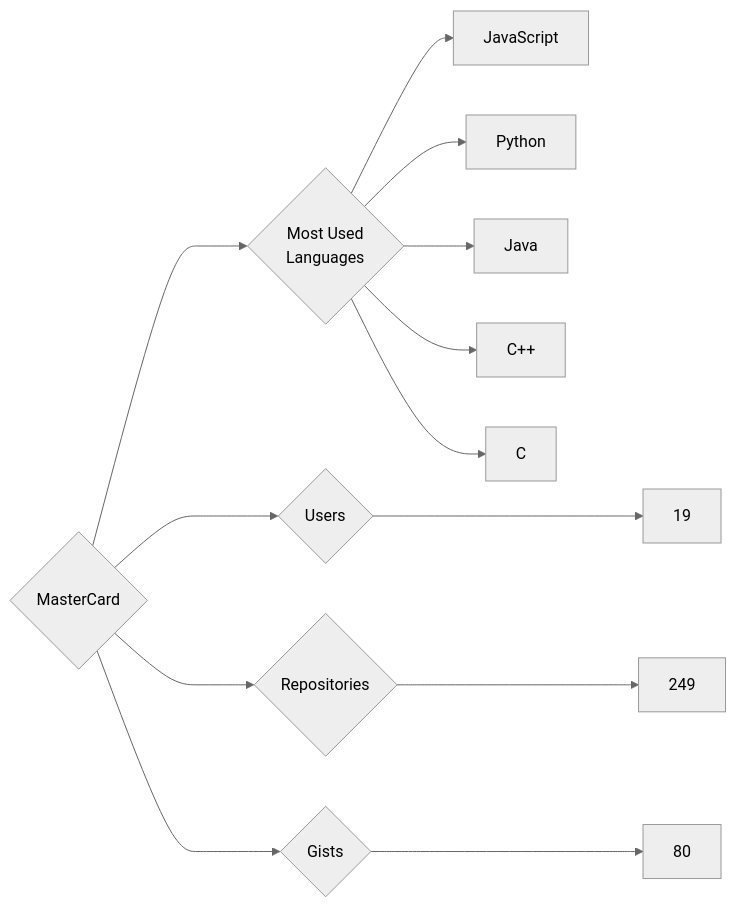
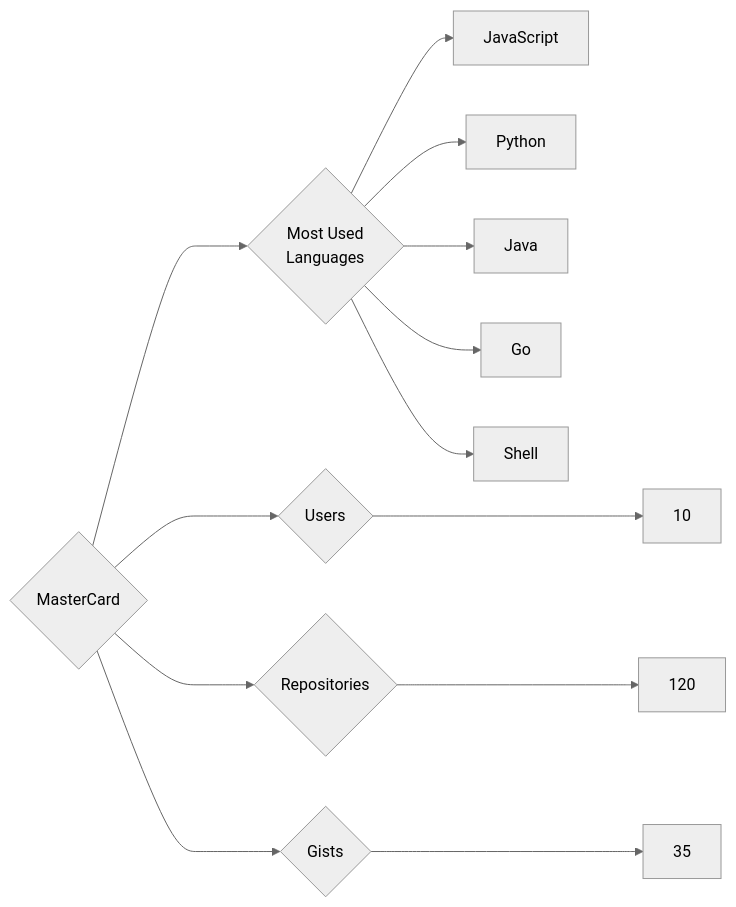
One commit to trickest/insiders changed the diagram in targets/MasterCard/README.md. Above: the diagram before and after it, drawn with Mermaid (neutral theme). The commit also changed 965 other files, not shown here.

````diff
--- a/targets/MasterCard/README.md
+++ b/targets/MasterCard/README.md
@@ -3,13 +3,13 @@
 ```mermaid
 graph LR
 COMPANY_NAME{MasterCard}
-COMPANY_NAME ---> U{Users} ---> UN[19]
-COMPANY_NAME ---> R{Repositories} ---> RN[249]
-COMPANY_NAME ---> G{Gists} ---> GN[80]
+COMPANY_NAME ---> U{Users} ---> UN[10]
+COMPANY_NAME ---> R{Repositories} ---> RN[120]
+COMPANY_NAME ---> G{Gists} ---> GN[35]
 COMPANY_NAME ---> ML{Most Used<br>Languages}
 ML --> JavaScript[JavaScript]
 ML --> Python[Python]
 ML --> Java[Java]
-ML --> C++[C++]
-ML --> C[C]
+ML --> Go[Go]
+ML --> Shell[Shell]
 ```
````
